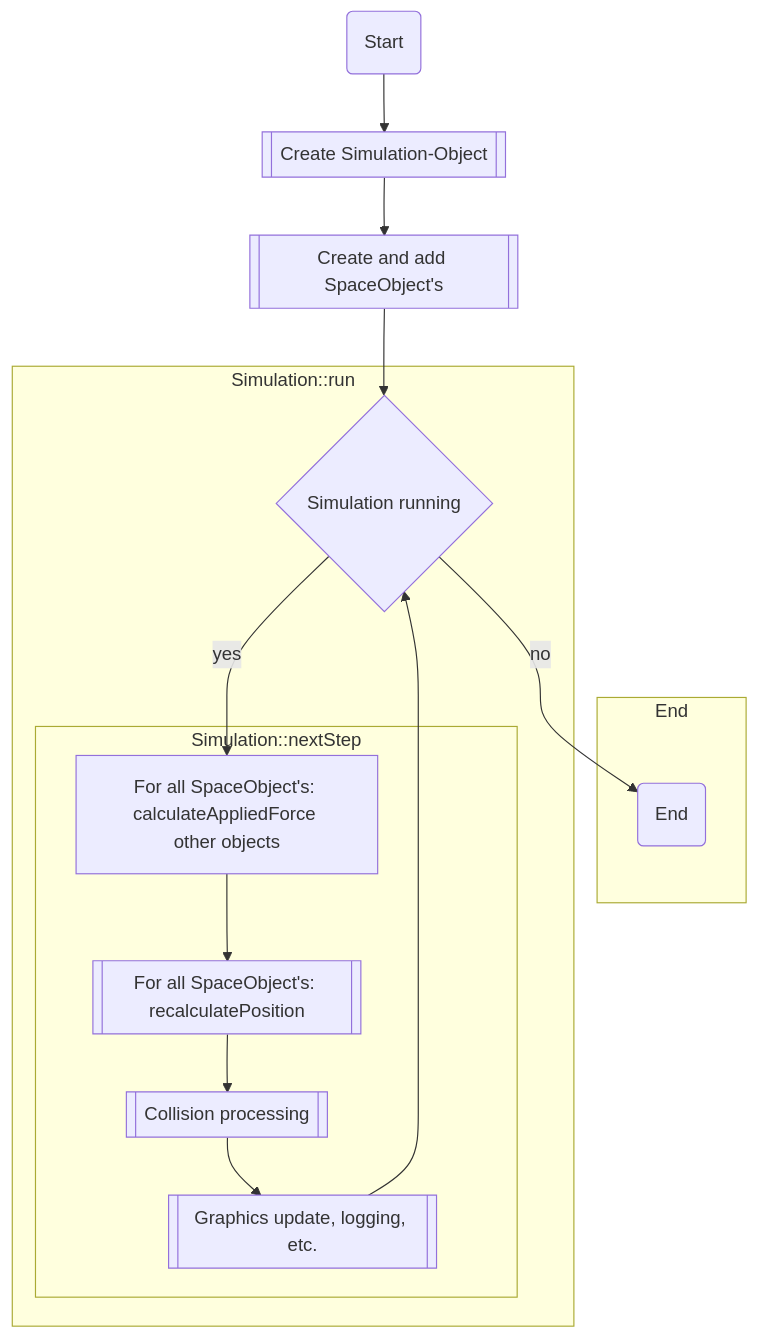
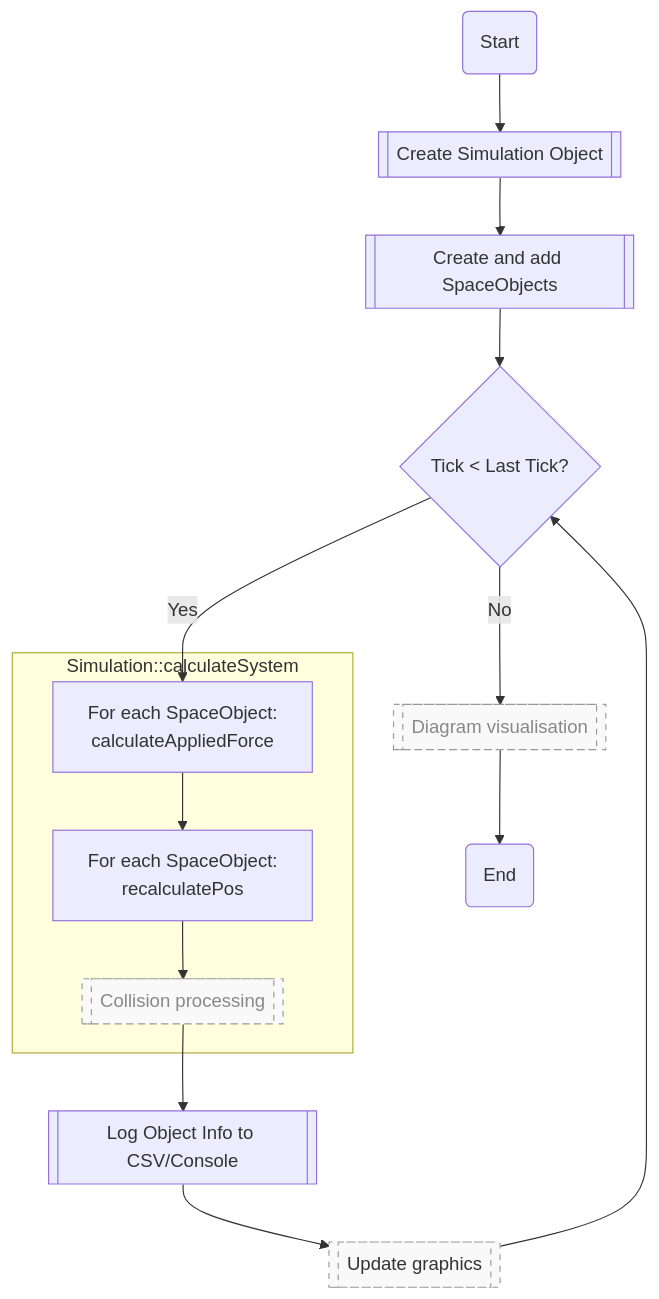
Before and after one commit to kotenko-o/simple-orbit-simulator: the second of 2 diagrams in README.md, drawn with Mermaid. The commit also changed 1 other file, not shown here.

Commit message:
docs: update processFlowchart

````diff
--- a/README.md
+++ b/README.md
@@ -130,27 +130,51 @@
 ```mermaid
 flowchart TD
     %% Nodes
-        A(Start)
-        B[[Create Simulation-Object]]
-        C[[Create and add SpaceObject's]]
-        IF1{Simulation running}
-        IF1_A[For all SpaceObject's: calculateAppliedForce other objects]
-        IF1_B[[For all SpaceObject's: recalculatePosition]]
-        IF1_B1[[Collision processing]]
-        IF1_C[[Graphics update, logging, etc.]]
-        D(End)
+    Start(Start)
+    InitSim[[Create Simulation Object]]
+    AddObj[[Create and add SpaceObjects]]
+    
+    %% Loop Condition
+    LoopStart{Tick < Last Tick?}
+    
+    %% Simulation Logic
+    CalcForce[For each SpaceObject:<br/>calculateAppliedForce]
+    MoveObj[For each SpaceObject:<br/>recalculatePos]
+    Collisions[[Collision processing]]
+    Logging[[Log Object Info to CSV/Console]]
+    Graphics[[Update graphics]]
+    Visualisation[[Diagram visualisation]]
+    
+    End(End)
+
     %% Connections
-        A --> B --> C --> IF1
-        IF1 --yes--> IF1_A
-        IF1_C --> IF1
-        subgraph End
-            D
-        end
-        IF1 -- no --> D
-        subgraph Simulation::run
-            IF1
-            subgraph Simulation::nextStep
-                IF1_A --> IF1_B --> IF1_B1 --> IF1_C
-            end
-        end
+    Start --> InitSim --> AddObj --> LoopStart
+    
+    LoopStart -- Yes --> CalcForce
+    CalcForce --> MoveObj
+    MoveObj --> Collisions
+    Collisions --> Logging
+    
+    %% Return to loop
+    Logging --> Graphics --> LoopStart
+    
+    LoopStart -- No --> Visualisation --> End
+
+    %% Grouping to match Code Structure
+    subgraph Simulation::calculateSystem
+        CalcForce
+        MoveObj
+        Collisions
+    end
+
+    %% Styling
+    style Collisions fill:#f9f9f9,stroke:#999,stroke-dasharray: 5 5
+    classDef future color:#888
+    class Collisions future
+
+    style Graphics fill:#f9f9f9,stroke:#999,stroke-dasharray: 5 5
+    class Graphicss future
+
+    style Visualisation fill:#f9f9f9,stroke:#999,stroke-dasharray: 5 5
+    class Visualisation future
 ```
````
